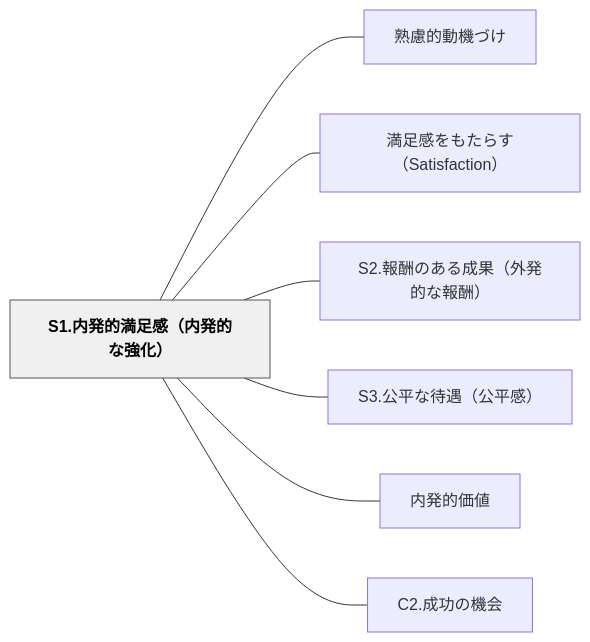
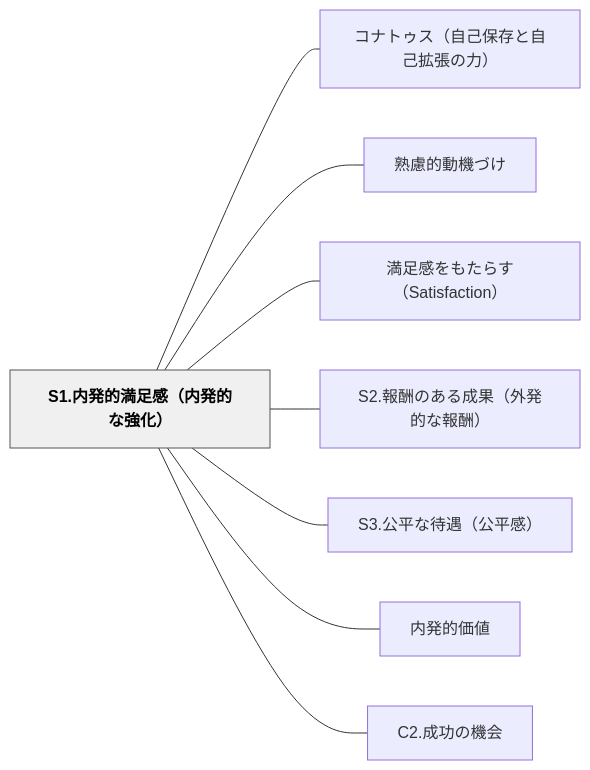
The diagram in content/パタン/S1.内発的満足感（内発的な強化）.md (unknownthings-ed-patterns/unknownthings-ed-patterns), drawn with Mermaid before and after one commit. The commit also changed other lines of this file and 185 other files, not shown here.

````diff
--- a/content/パタン/S1.内発的満足感（内発的な強化）.md
+++ b/content/パタン/S1.内発的満足感（内発的な強化）.md
@@ -37,20 +37,22 @@
 ```mermaid
 flowchart LR
     n53312ee58685e799bae79a84e6ba80e8b6b3e6849fefbc88e58685e799bae79a84e381aae5bcb7e58c96efbc89["S1.内発的満足感（内発的な強化）"]
+    ne382b3e3838ae38388e382a5e382b9efbc88e887aae5b7b1e4bf9de5ad98e381a8e887aae5b7b1e68ba1e5bcb5e381aee58a9befbc89["コナトゥス（自己保存と自己拡張の力）"]
     ne7869fe685aee79a84e58b95e6a99fe381a5e38191["熟慮的動機づけ"]
     ne6ba80e8b6b3e6849fe38292e38282e3819fe38289e38199efbc88536174697366616374696f6eefbc89["満足感をもたらす（Satisfaction）"]
     n53322ee5a0b1e985ace381aee38182e3828be68890e69e9cefbc88e5a496e799bae79a84e381aae5a0b1e985acefbc89["S2.報酬のある成果（外発的な報酬）"]
     n53332ee585ace5b9b3e381aae5be85e98187efbc88e585ace5b9b3e6849fefbc89["S3.公平な待遇（公平感）"]
     ne58685e799bae79a84e4bea1e580a4["内発的価値"]
     n43322ee68890e58a9fe381aee6a99fe4bc9a["C2.成功の機会"]
 
+    n53312ee58685e799bae79a84e6ba80e8b6b3e6849fefbc88e58685e799bae79a84e381aae5bcb7e58c96efbc89 --- ne382b3e3838ae38388e382a5e382b9efbc88e887aae5b7b1e4bf9de5ad98e381a8e887aae5b7b1e68ba1e5bcb5e381aee58a9befbc89
     n53312ee58685e799bae79a84e6ba80e8b6b3e6849fefbc88e58685e799bae79a84e381aae5bcb7e58c96efbc89 --- ne7869fe685aee79a84e58b95e6a99fe381a5e38191
     n53312ee58685e799bae79a84e6ba80e8b6b3e6849fefbc88e58685e799bae79a84e381aae5bcb7e58c96efbc89 --- ne6ba80e8b6b3e6849fe38292e38282e3819fe38289e38199efbc88536174697366616374696f6eefbc89
     n53312ee58685e799bae79a84e6ba80e8b6b3e6849fefbc88e58685e799bae79a84e381aae5bcb7e58c96efbc89 --- n53322ee5a0b1e985ace381aee38182e3828be68890e69e9cefbc88e5a496e799bae79a84e381aae5a0b1e985acefbc89
     n53312ee58685e799bae79a84e6ba80e8b6b3e6849fefbc88e58685e799bae79a84e381aae5bcb7e58c96efbc89 --- n53332ee585ace5b9b3e381aae5be85e98187efbc88e585ace5b9b3e6849fefbc89
     n53312ee58685e799bae79a84e6ba80e8b6b3e6849fefbc88e58685e799bae79a84e381aae5bcb7e58c96efbc89 --- ne58685e799bae79a84e4bea1e580a4
     n53312ee58685e799bae79a84e6ba80e8b6b3e6849fefbc88e58685e799bae79a84e381aae5bcb7e58c96efbc89 --- n43322ee68890e58a9fe381aee6a99fe4bc9a
 
     classDef hub fill:#f0f0f0,stroke:#555,color:#000,font-weight:bold
     class n53312ee58685e799bae79a84e6ba80e8b6b3e6849fefbc88e58685e799bae79a84e381aae5bcb7e58c96efbc89 hub
 ```
````
